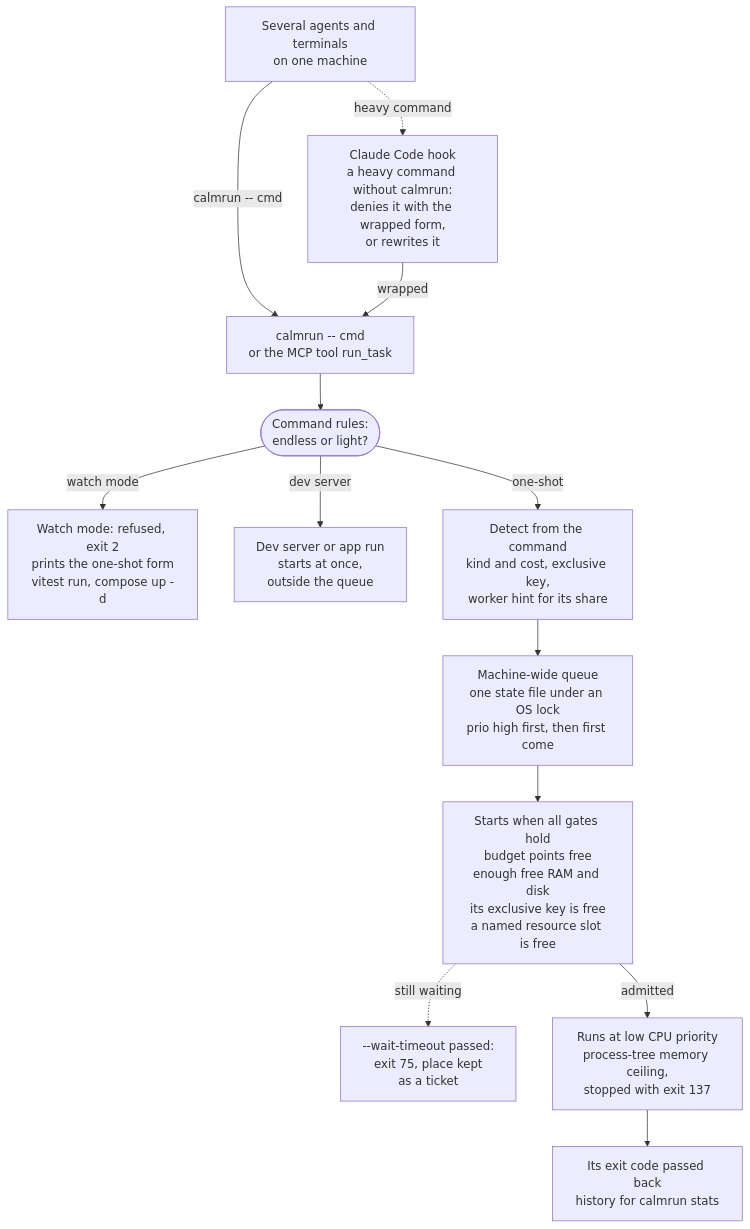
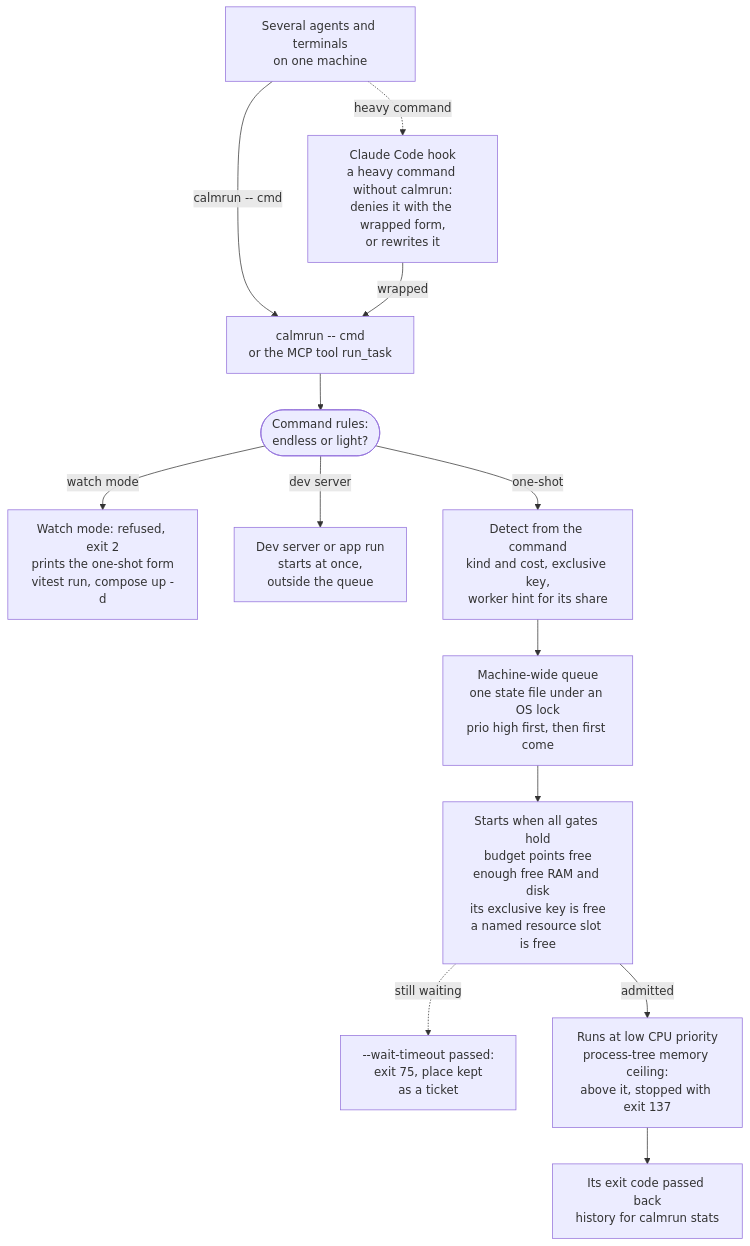
One commit to vannt-dev/calmrun changed the diagram in docs/diagrams/overview.mmd. Above: the diagram before and after it, drawn with Mermaid. The commit also changed 3 other files, not shown here.

First line of the commit message:
docs: tighten the ecosystem table and the diagram's memory ceiling

```diff
--- a/docs/diagrams/overview.mmd
+++ b/docs/diagrams/overview.mmd
@@ -1,29 +1,29 @@
 %% Re-render both SVGs after editing (from the repository root):
 %% npx -y @mermaid-js/mermaid-cli@12.2.0 -i docs/diagrams/overview.mmd -c docs/diagrams/mermaid.config.json -b transparent -t default -o docs/diagrams/overview-light.svg
 %% npx -y @mermaid-js/mermaid-cli@12.2.0 -i docs/diagrams/overview.mmd -c docs/diagrams/mermaid.config.json -b transparent -t dark -o docs/diagrams/overview-dark.svg
 flowchart TD
   src["Several agents and terminals<br/>on one machine"]
   hook["Claude Code hook<br/>a heavy command without calmrun:<br/>denies it with the wrapped form,<br/>or rewrites it"]
   entry["calmrun -- cmd<br/>or the MCP tool run_task"]
   check(["Command rules:<br/>endless or light?"])
   refuse["Watch mode: refused, exit 2<br/>prints the one-shot form<br/>vitest run, compose up -d"]
   light["Dev server or app run<br/>starts at once,<br/>outside the queue"]
   detect["Detect from the command<br/>kind and cost, exclusive key,<br/>worker hint for its share"]
   queue["Machine-wide queue<br/>one state file under an OS lock<br/>prio high first, then first come"]
   gates["Starts when all gates hold<br/>budget points free<br/>enough free RAM and disk<br/>its exclusive key is free<br/>a named resource slot is free"]
   ticket["--wait-timeout passed:<br/>exit 75, place kept<br/>as a ticket"]
-  run["Runs at low CPU priority<br/>process-tree memory ceiling,<br/>stopped with exit 137"]
+  run["Runs at low CPU priority<br/>process-tree memory ceiling:<br/>above it, stopped with exit 137"]
   done["Its exit code passed back<br/>history for calmrun stats"]
 
   src -- "calmrun -- cmd" --> entry
   src -. "heavy command" .-> hook
   hook -- "wrapped" --> entry
   entry --> check
   check -- "watch mode" --> refuse
   check -- "dev server" --> light
   check -- "one-shot" --> detect
   detect --> queue
   queue --> gates
   gates -. "still waiting" .-> ticket
   gates -- "admitted" --> run
   run --> done
```
